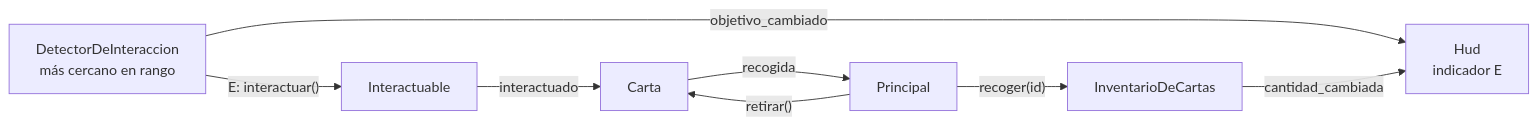
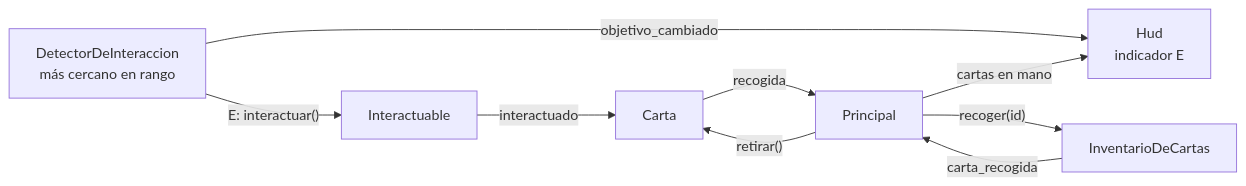
Before and after one commit to lautaromoreyraa/planeta-cartero: the second of 3 diagrams in README.md, drawn with Mermaid. The commit also changed other lines of this file, not shown here.

````diff
--- a/README.md
+++ b/README.md
@@ -128,10 +189,11 @@
 ```mermaid
 flowchart LR
     D["DetectorDeInteraccion<br/>más cercano en rango"] -- "objetivo_cambiado" --> H["Hud<br/>indicador E"]
     D -- "E: interactuar()" --> I["Interactuable"]
     I -- "interactuado" --> K["Carta"]
     K -- "recogida" --> PR["Principal"]
     PR -- "recoger(id)" --> INV["InventarioDeCartas"]
-    INV -- "cantidad_cambiada" --> H
+    INV -- "carta_recogida" --> PR
+    PR -- "cartas en mano" --> H
     PR -- "retirar()" --> K
 ```
````
